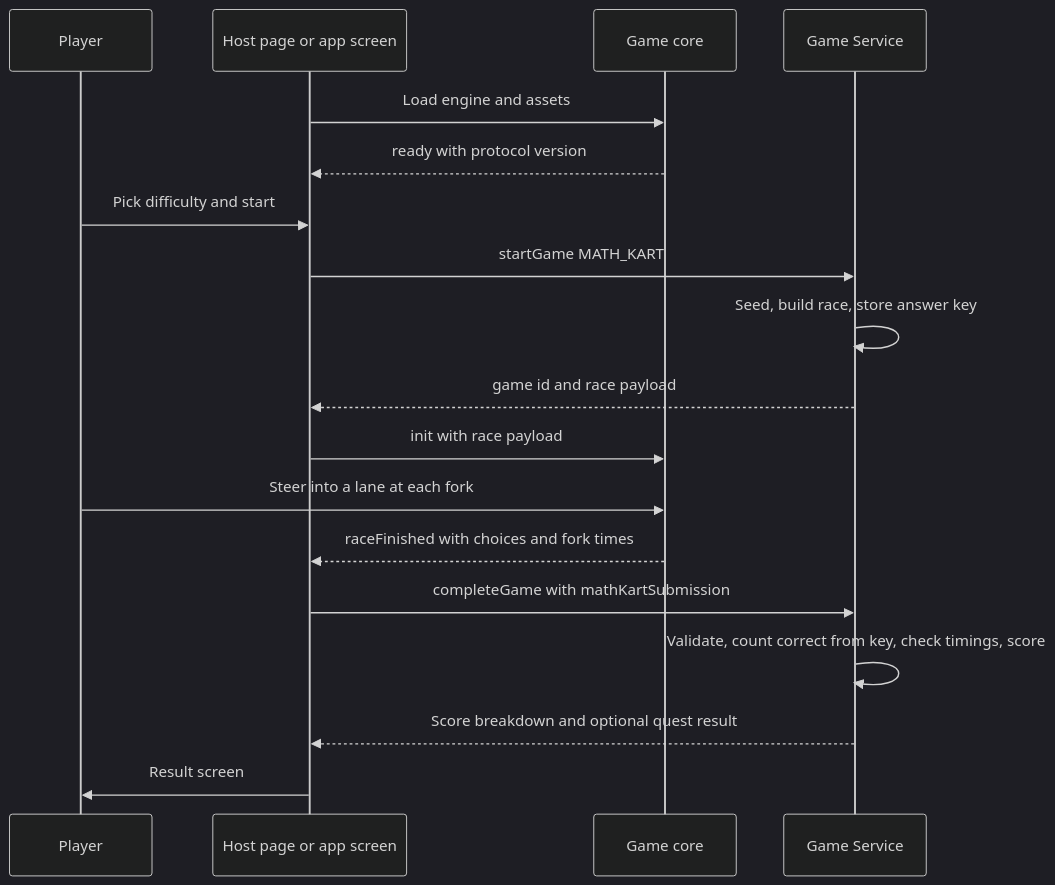
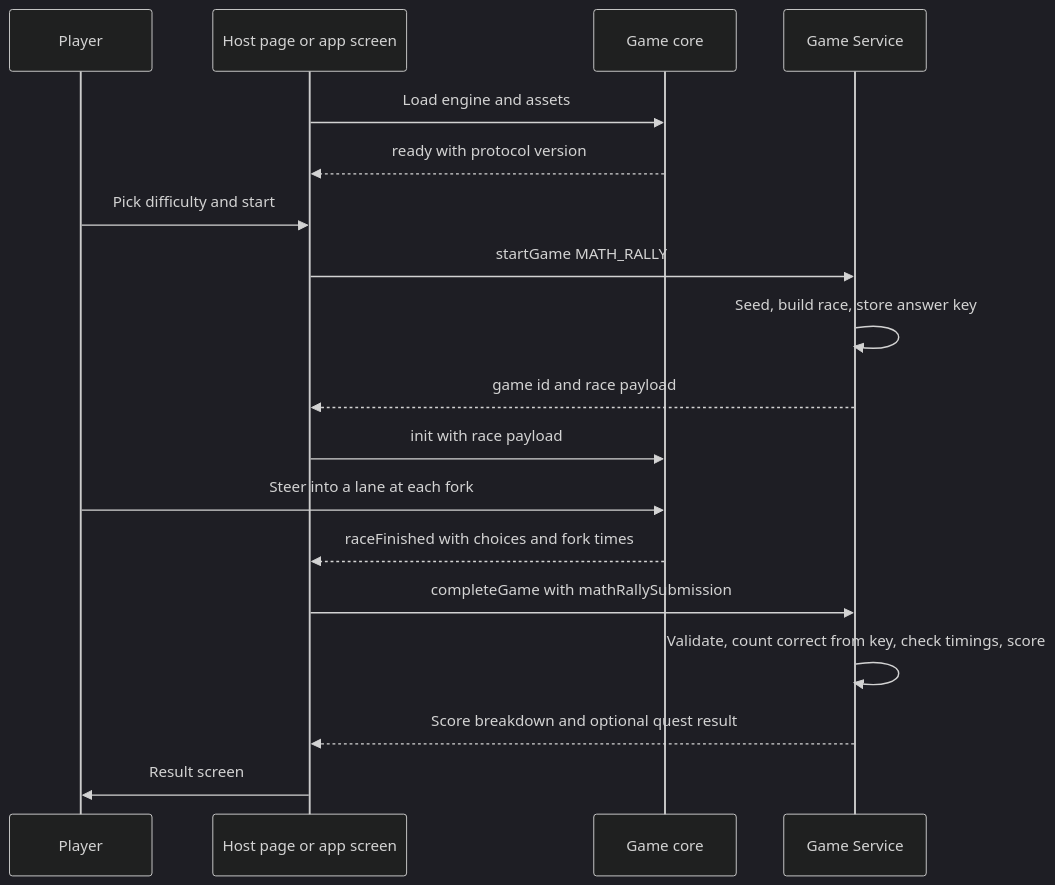
Before and after one commit to dtuleski/turbo-town: the diagram in aidlc-docs/inception/requirements/math-kart-requirements.md, drawn with Mermaid (dark theme). The commit also changed other lines of this file and 15 other files, not shown here.

First line of the commit message:
docs(math-rally): inception plan, application design, units and concept

````diff
--- a/aidlc-docs/inception/requirements/math-kart-requirements.md
+++ b/aidlc-docs/inception/requirements/math-kart-requirements.md
@@ -375,20 +392,20 @@
 ```mermaid
 sequenceDiagram
     participant P as Player
     participant H as Host page or app screen
     participant G as Game core
     participant S as Game Service
     H->>G: Load engine and assets
     G-->>H: ready with protocol version
     P->>H: Pick difficulty and start
-    H->>S: startGame MATH_KART
+    H->>S: startGame MATH_RALLY
     S->>S: Seed, build race, store answer key
     S-->>H: game id and race payload
     H->>G: init with race payload
     P->>G: Steer into a lane at each fork
     G-->>H: raceFinished with choices and fork times
-    H->>S: completeGame with mathKartSubmission
+    H->>S: completeGame with mathRallySubmission
     S->>S: Validate, count correct from key, check timings, score
     S-->>H: Score breakdown and optional quest result
     H->>P: Result screen
 ```
````
